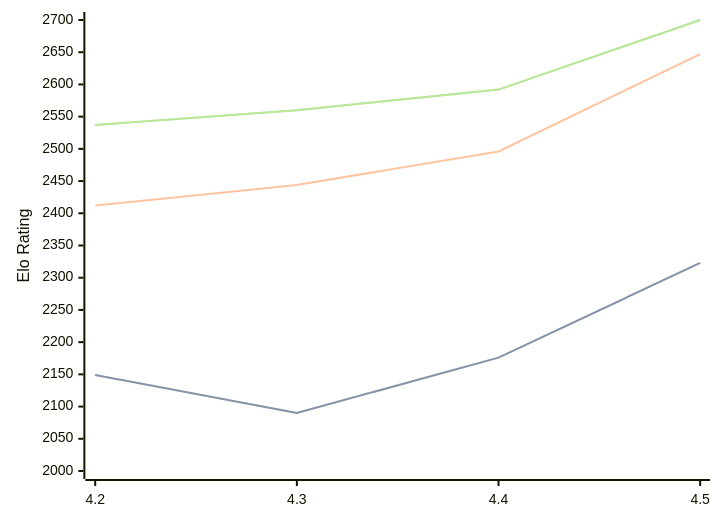
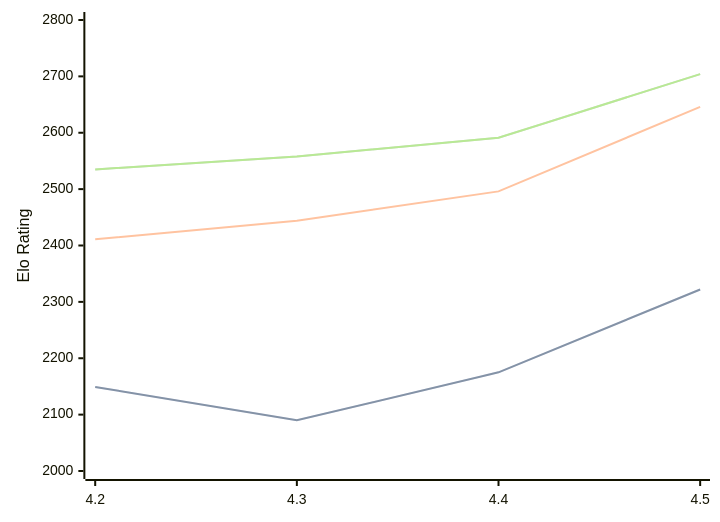
The third of 3 diagrams in engines/Eubos.md (computer-chess-index/cci), drawn with Mermaid before and after one commit. The commit also changed other lines of this file, not shown here.

Commit message:
Update CCI Ratings (ELO VLTC) - 2026-06-27

````diff
--- a/engines/Eubos.md
+++ b/engines/Eubos.md
@@ -123,11 +123,11 @@
 ```mermaid
 %%{init: {"theme":"base","themeVariables":{"seriesColors:['#a3a3a3','#222221','#faa371']}}}%%
 xychart-beta
   x-axis ["4.2", "4.3", "4.4", "4.5"]
-  y-axis "Elo Rating" 2000 --> 2700
-  line "STC (8.0+0.08s)" [2149, 2090, 2176, 2323]
-  line "STC (8.0+0.08s)" [2149, 2090, 2176, 2323]
-  line "LTC (60.0+0.60s)" [2412, 2444, 2496, 2647]
-  line "VLTC (2m24s+1.12s)" [2537, 2560, 2592, 2700]
-  line "VLTC (2m24s+1.12s)" [2537, 2560, 2592, 2700]
+  y-axis "Elo Rating" 2000 --> 2800
+  line "STC (8.0+0.08s)" [2149, 2090, 2175, 2322]
+  line "STC (8.0+0.08s)" [2149, 2090, 2175, 2322]
+  line "LTC (60.0+0.60s)" [2411, 2444, 2496, 2646]
+  line "VLTC (2m24s+1.12s)" [2535, 2558, 2591, 2704]
+  line "VLTC (2m24s+1.12s)" [2535, 2558, 2591, 2704]
 ```
````
